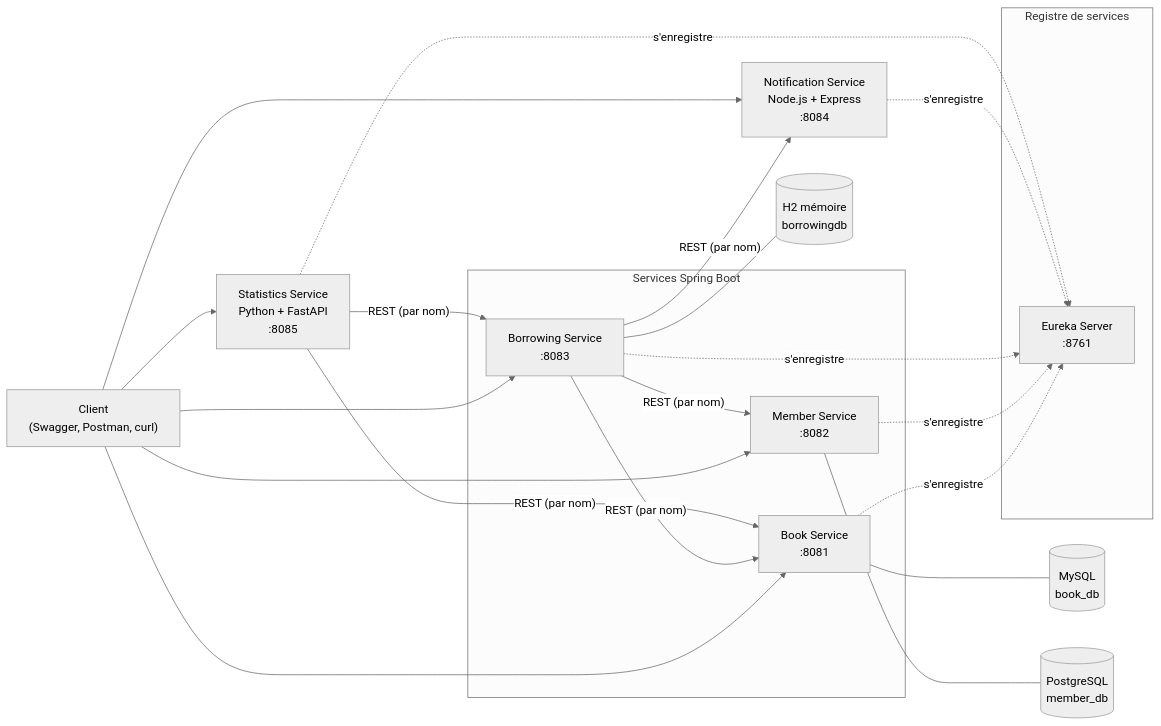
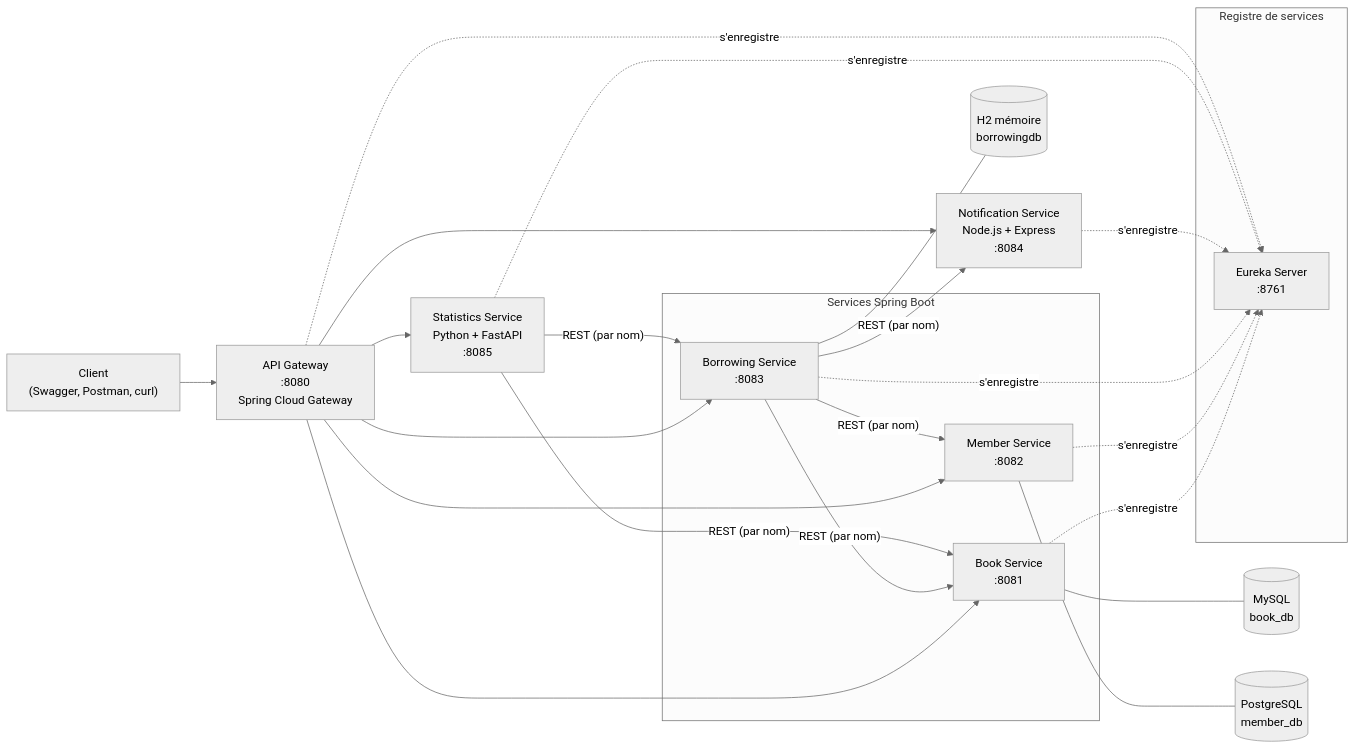
The first of 2 diagrams in README.md (ouesleti-dev/Library-Microservices-Gestion-d-une-biblioth-que), drawn with Mermaid (neutral theme) before and after one commit. The commit also changed other lines of this file and 44 other files, not shown here.

````diff
--- a/README.md
+++ b/README.md
@@ -107,43 +107,46 @@
 ```mermaid
 flowchart LR
     Client["Client<br/>(Swagger, Postman, curl)"]
+    GATEWAY["API Gateway<br/>:8080<br/>Spring Cloud Gateway"]
 
     subgraph REG["Registre de services"]
         EUR["Eureka Server<br/>:8761"]
     end
 
     subgraph SB["Services Spring Boot"]
         BOOK["Book Service<br/>:8081"]
         MEMBER["Member Service<br/>:8082"]
         BORROW["Borrowing Service<br/>:8083"]
     end
 
     NOTIF["Notification Service<br/>Node.js + Express<br/>:8084"]
     STAT["Statistics Service<br/>Python + FastAPI<br/>:8085"]
 
     MYSQL[("MySQL<br/>book_db")]
     PG[("PostgreSQL<br/>member_db")]
     H2[("H2 mémoire<br/>borrowingdb")]
 
-    Client --> BOOK
-    Client --> MEMBER
-    Client --> BORROW
-    Client --> NOTIF
-    Client --> STAT
+    Client --> GATEWAY
+    GATEWAY --> BOOK
+    GATEWAY --> MEMBER
+    GATEWAY --> BORROW
+    GATEWAY --> NOTIF
+    GATEWAY --> STAT
 
     BORROW -- "REST (par nom)" --> BOOK
     BORROW -- "REST (par nom)" --> MEMBER
     BORROW -- "REST (par nom)" --> NOTIF
     STAT -- "REST (par nom)" --> BOOK
     STAT -- "REST (par nom)" --> BORROW
 
     BOOK -. "s'enregistre" .-> EUR
     MEMBER -. "s'enregistre" .-> EUR
     BORROW -. "s'enregistre" .-> EUR
     NOTIF -. "s'enregistre" .-> EUR
     STAT -. "s'enregistre" .-> EUR
+    GATEWAY -. "s'enregistre" .-> EUR
 
     BOOK --- MYSQL
     MEMBER --- PG
     BORROW --- H2
 ```
````
